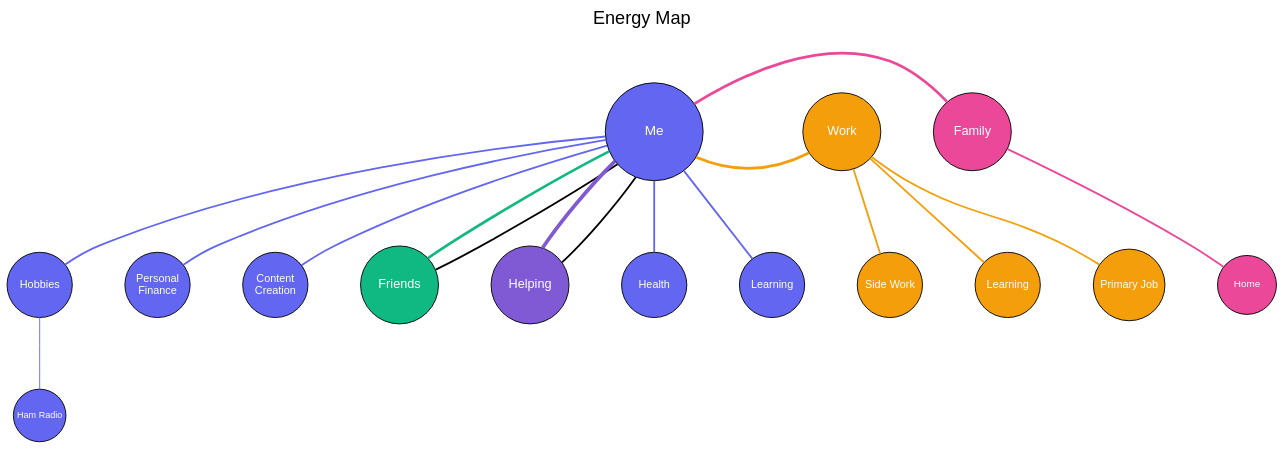
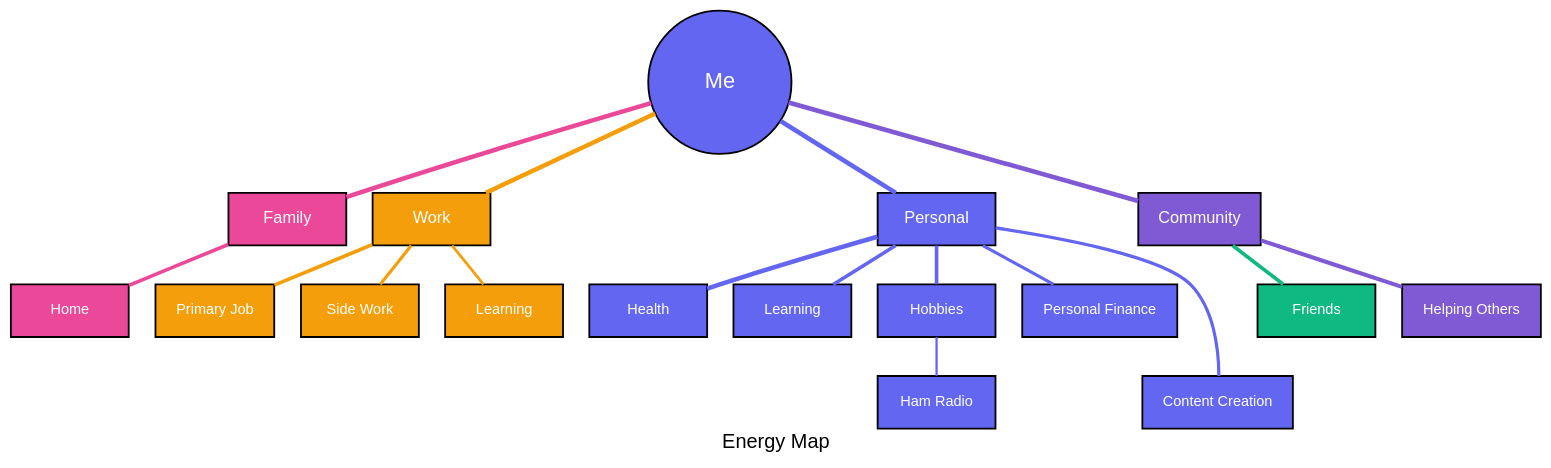
The diagram in input.dot (thejasonkendall/energy-map), drawn with Graphviz before and after one commit. The commit also changed 1 other file, not shown here.

```diff
--- a/input.dot
+++ b/input.dot
@@ -1,79 +1,92 @@
 digraph EnergyMap {
-    // Graph settings
-    graph [rankdir=TB, splines=true, overlap=false, nodesep=0.8, ranksep=1.0, fontname="Arial", label="Energy Map", labelloc=t, fontsize=20, bgcolor="transparent"];
-    node [shape=circle, style=filled, fontname="Arial", fixedsize=true, width=1.2];
-    edge [penwidth=2, arrowhead=none];
-
+    // Basic settings
+    graph [fontname="Arial", fontsize=22, label="Energy Map", splines=true, nodesep=0.4, ranksep=0.6];
+    node [fontname="Arial", style="filled", shape="box", fontcolor="white", fontsize=16, margin="0.3,0.2", height=0.8, width=1.8, penwidth=2];
+    edge [penwidth=3, arrowhead=none];
+    
     // Main node
-    Me [fillcolor="#6366F1", fontcolor=white, fontsize=15, width=1.5, label="Me"];
-
-    // Category nodes
-    Family [fillcolor="#EC4899", fontcolor=white, fontsize=14, label="Family"];
-    Work [fillcolor="#F59E0B", fontcolor=white, fontsize=14, label="Work"];
-    Friends [fillcolor="#10B981", fontcolor=white, fontsize=14, label="Friends"];
-    Helping [fillcolor="#805AD5", fontcolor=white, fontsize=14, label="Helping"];
-
-    // Personal nodes
-    Health [fillcolor="#6366F1", fontcolor=white, fontsize=12, width=1.0, label="Health"];
-    Learning [fillcolor="#6366F1", fontcolor=white, fontsize=12, width=1.0, label="Learning"];
-    Hobbies [fillcolor="#6366F1", fontcolor=white, fontsize=12, width=1.0, label="Hobbies"];
-    Finance [fillcolor="#6366F1", fontcolor=white, fontsize=12, width=1.0, label="Personal\nFinance"];
-    ContentCreation [fillcolor="#6366F1", fontcolor=white, fontsize=12, width=1.0, label="Content\nCreation"];
-    HamRadio [fillcolor="#6366F1", fontcolor=white, fontsize=10, width=0.8, label="Ham Radio"];
-
-    // Work-related nodes
-    PrimaryJob [fillcolor="#F59E0B", fontcolor=white, fontsize=12, width=1.1, label="Primary Job"];
-    BigProject [fillcolor="#F59E0B", fontcolor=white, fontsize=12, width=1.0, label="Side Work"];
-    WorkLearning [fillcolor="#F59E0B", fontcolor=white, fontsize=12, width=1.0, label="Learning"];
-
-    // Family node
-    Home [fillcolor="#EC4899", fontcolor=white, fontsize=11, width=0.9, label="Home"];
-
-    // Main connections from Me
-    Me -> Family [color="#EC4899", penwidth=3];
-    Me -> Work [color="#F59E0B", penwidth=3];
-    Me -> Friends [color="#10B981", penwidth=3];
-    Me -> Helping [color="#805AD5", penwidth=4];
-
+    Me [fillcolor="#6366F1", shape="circle", width=2.2, height=2.2, label="Me", fontsize=24];
+    
+    // Family section
+    Family [fillcolor="#EC4899", fontsize=18, label="Family"];
+    Home [fillcolor="#EC4899", label="Home"];
+    
+    // Work section
+    Work [fillcolor="#F59E0B", fontsize=18, label="Work"];
+    PrimaryJob [fillcolor="#F59E0B", label="Primary Job"];
+    SideWork [fillcolor="#F59E0B", label="Side Work"];
+    WorkLearning [fillcolor="#F59E0B", label="Learning"];
+    
+    // Personal section
+    Personal [fillcolor="#6366F1", fontsize=18, label="Personal"];
+    Health [fillcolor="#6366F1", label="Health"];
+    Learning [fillcolor="#6366F1", label="Learning"];
+    Hobbies [fillcolor="#6366F1", label="Hobbies"];
+    Finance [fillcolor="#6366F1", label="Personal Finance"];
+    ContentCreation [fillcolor="#6366F1", label="Content Creation"];
+    HamRadio [fillcolor="#6366F1", label="Ham Radio"];
+    
+    // Community section
+    Community [fillcolor="#805AD5", fontsize=18, label="Community"];
+    Friends [fillcolor="#10B981", label="Friends"];
+    Helping [fillcolor="#805AD5", label="Helping Others"];
+    
+    // Create the structured layout with 3 rows
+    {rank=same; Me}
+    {rank=same; Family; Work}
+    {rank=same; Personal; Community}
+    {rank=same; Home; PrimaryJob}
+    {rank=same; Health; Friends}
+    {rank=same; SideWork; Learning}
+    {rank=same; WorkLearning; Hobbies}
+    {rank=same; Finance; Helping}
+    {rank=same; ContentCreation; HamRadio}
+    
+    // Connect Me directly to main categories
+    Me -> Family [color="#EC4899", penwidth=5];
+    Me -> Work [color="#F59E0B", penwidth=5];
+    Me -> Personal [color="#6366F1", penwidth=5];
+    Me -> Community [color="#805AD5", penwidth=5];
+    
+    // Family connections
+    Family -> Home [color="#EC4899", penwidth=4];
+    
+    // Work connections
+    Work -> PrimaryJob [color="#F59E0B", penwidth=4];
+    Work -> SideWork [color="#F59E0B", penwidth=3.5];
+    Work -> WorkLearning [color="#F59E0B", penwidth=3];
+    
     // Personal connections
-    Me -> Health [color="#6366F1", penwidth=2];
-    Me -> Learning [color="#6366F1", penwidth=2];
-    Me -> Hobbies [color="#6366F1", penwidth=2];
-    Me -> Finance [color="#6366F1", penwidth=2];
-    Me -> ContentCreation [color="#6366F1", penwidth=2];
-    Hobbies -> HamRadio [color="#6366F1", penwidth=1];
-
-    // Work connections
-    Work -> PrimaryJob [color="#F59E0B", penwidth=2];
-    Work -> BigProject [color="#F59E0B", penwidth=2];
-    Work -> WorkLearning [color="#F59E0B", penwidth=2];
-
-    // Family connection
-    Family -> Home [color="#EC4899", penwidth=2];
-
-    // Position Family and Home to the left of Me
-    {rank=same; Family; Me; Work;}
-    Family -> Me [style=invis];
-    Me -> Work [style=invis];
+    Personal -> Health [color="#6366F1", penwidth=5];
+    Personal -> Learning [color="#6366F1", penwidth=4];
+    Personal -> Hobbies [color="#6366F1", penwidth=4];
+    Personal -> Finance [color="#6366F1", penwidth=3.5];
+    Personal -> ContentCreation [color="#6366F1", penwidth=3.5];
+    Hobbies -> HamRadio [color="#6366F1", penwidth=2.5];
     
-    // Position additional elements
-    {rank=same; Friends; Helping}
-    {rank=same; Health; Learning}
-    {rank=same; Finance; Hobbies; PrimaryJob}
-    {rank=same; Home; ContentCreation}
+    // Community connections
+    Community -> Friends [color="#10B981", penwidth=4];
+    Community -> Helping [color="#805AD5", penwidth=4.5];
     
-    // Edge constraints to help with layout
-    Me -> Friends [weight=0.5];
-    Me -> Helping [weight=0.5];
+    // Force layout for main categories
+    Family -> Work [style=invis];
+    Personal -> Community [style=invis];
     
-    // Force Family to be left of Me
-    edge [constraint=false];
-    Family -> Me:w [style=invis, weight=100];
+    // Use subgraphs to force organization into columns
+    subgraph cluster_left {
+        label="";
+        color=white;
+        Family; Home;
+        Personal; Health; Learning; Hobbies; Finance; ContentCreation; HamRadio;
+    }
     
-    // Additional layout tweaks
-    subgraph cluster_left {
-        rank=min;
-        Family;
-        color=invis;
+    subgraph cluster_right {
+        label="";
+        color=white;
+        Work; PrimaryJob; SideWork; WorkLearning;
+        Community; Friends; Helping;
     }
+    
+    // Enforce top-down flow in the graph
+    edge [constraint=true];
 }
```
